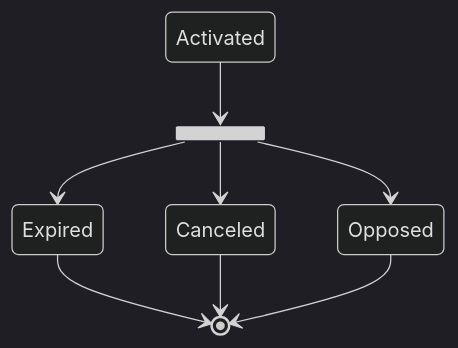
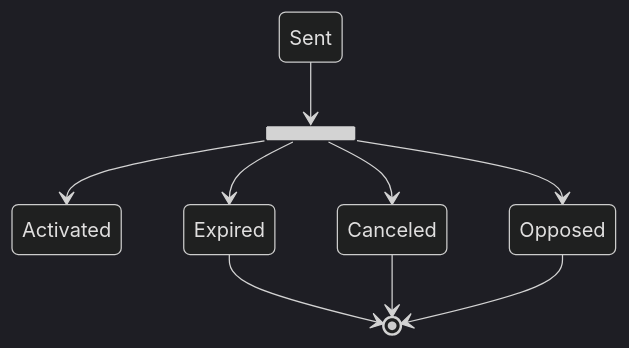
Before and after one commit to pomme-clic/s-money-documentation: the second of 2 diagrams in docs/usecases/cards/issuing/VirtualCardIssuing.md, drawn with Mermaid (dark theme).

````diff
--- a/docs/usecases/cards/issuing/VirtualCardIssuing.md
+++ b/docs/usecases/cards/issuing/VirtualCardIssuing.md
@@ -44,14 +44,15 @@
 ```mermaid
 stateDiagram
 state fork_state3 <<fork>>
 
-  Activated --> fork_state3
+  Sent --> fork_state3
+  fork_state3 --> Activated
   fork_state3 --> Canceled
   fork_state3 --> Opposed
   fork_state3 --> Expired 
 
   Expired --> [*]
-	Canceled --> [*]
-	Opposed --> [*]
+  Canceled --> [*]
+  Opposed --> [*]
 
 ```
````
